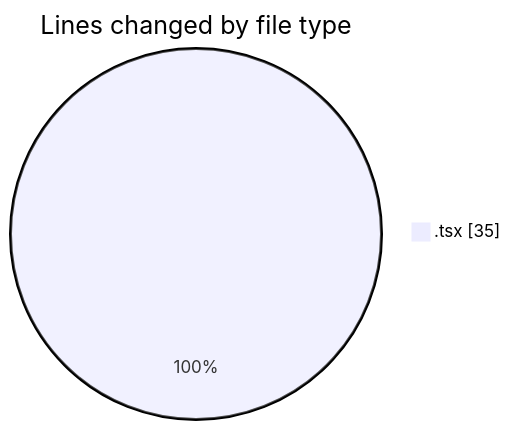
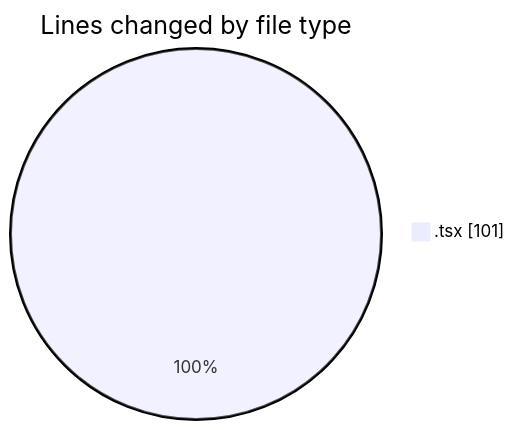
One commit to momahboobian/code-tracking changed the first of 2 diagrams in 2026-04-10/cda/README.md. Above: the diagram before and after it, drawn with Mermaid. The commit also changed other lines of this file and 1 other file, not shown here.

````diff
--- a/2026-04-10/cda/README.md
+++ b/2026-04-10/cda/README.md
@@ -20,5 +20,5 @@
 ```mermaid
 pie showData
 title Lines changed by file type
-".tsx" : 35
+".tsx" : 101
 ```
````
